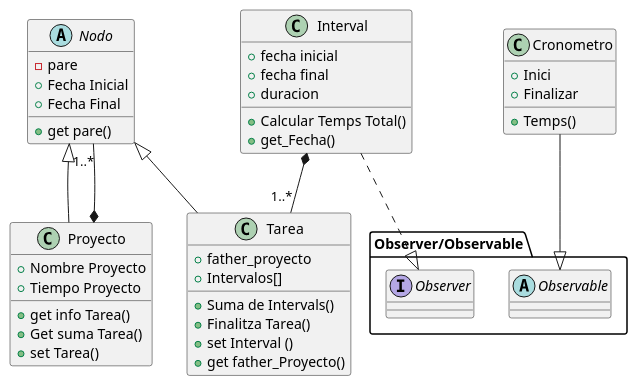
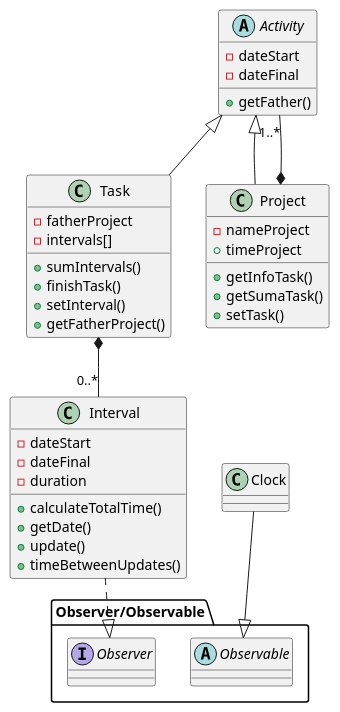
The diagram in src/model.puml (rostockjunior/DS_Time_Tracker), drawn with PlantUML before and after one commit. The commit also changed 1 other file, not shown here.

Commit message:
Començament funcio Cronometro

```diff
--- a/src/model.puml
+++ b/src/model.puml
@@ -1,56 +1,52 @@
 @startuml
-class Tarea{
-+ father_proyecto
-+ Intervalos[]
-+ Suma de Intervals()
-+ Finalitza Tarea()
-+ set Interval ()
-+ get father_Proyecto()
+class Task{
+- fatherProject
+- intervals[]
++ sumIntervals()
++ finishTask()
++ setInterval()
++ getFatherProject()
 }
-class Proyecto{
-+ Nombre Proyecto
-+ get info Tarea()
-+ Tiempo Proyecto
-+ Get suma Tarea()
-+ set Tarea()
+class Project{
+- nameProject
++ getInfoTask()
++ timeProject
++ getSumaTask()
++ setTask()
 }
 class Interval{
-+ fecha inicial
-+ fecha final
-+ duracion
-+ Calcular Temps Total()
-+ get_Fecha()
+- dateStart
+- dateFinal
+- duration
++ calculateTotalTime()
++ getDate()
++ update()
++ timeBetweenUpdates()
 }
-abstract Nodo{
-- pare
-+ Fecha Inicial
-+ Fecha Final
-+ get pare()
+abstract Activity{
+- dateStart
+- dateFinal
++ getFather()
 }
 
-class Cronometro{
-+ Inici
-+ Finalizar
-+ Temps()
+class Clock{
 }
 
 package Observer/Observable <<Folder>> {
 interface Observer{
-
 }
 abstract Observable{
-
 }
 }
 
 
-Proyecto *-- "1..*" Nodo
-Proyecto  -up-|> Nodo
-Tarea -up-|> Nodo
-Cronometro --|> Observable
-Interval *-- "1..*" Tarea
+Project *-- "1..*" Activity
+Project  -up-|> Activity
+Task -up-|> Activity
+Clock --|> Observable
+Task *-- "0..*" Interval
 Interval ..|> Observer
 
 
 
 @enduml
```
